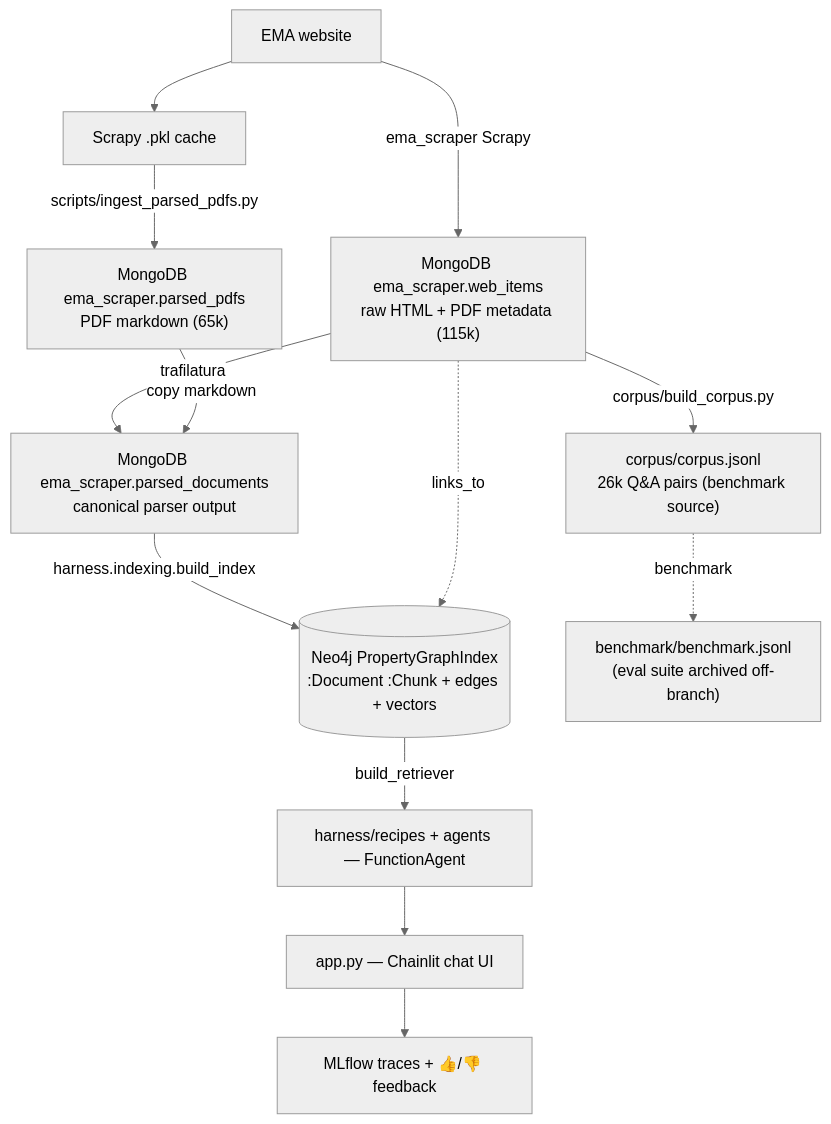
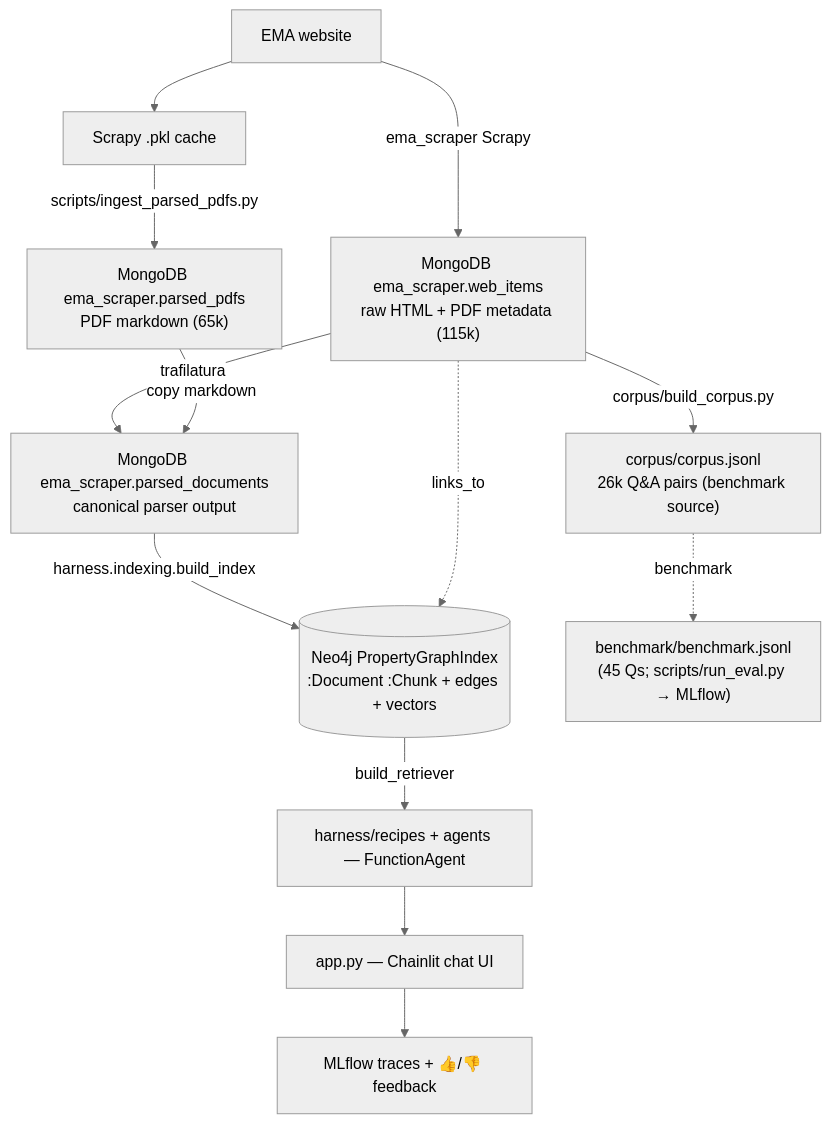
The diagram in docs/ARCHITECTURE.md (MoritzImendoerffer/ema_nlp), drawn with Mermaid (neutral theme) before and after one commit. The commit also changed other lines of this file and 20 other files, not shown here.

````diff
--- a/docs/ARCHITECTURE.md
+++ b/docs/ARCHITECTURE.md
@@ -16,19 +16,19 @@
 ```mermaid
 flowchart TD
     EMA[EMA website] -->|ema_scraper Scrapy| WI["MongoDB ema_scraper.web_items<br/>raw HTML + PDF metadata (115k)"]
     EMA --> PPK[Scrapy .pkl cache]
     PPK -->|scripts/ingest_parsed_pdfs.py| PP["MongoDB ema_scraper.parsed_pdfs<br/>PDF markdown (65k)"]
 
     WI -->|trafilatura| PD["MongoDB ema_scraper.parsed_documents<br/>canonical parser output"]
     PP -->|copy markdown| PD
 
     WI -->|corpus/build_corpus.py| CJ["corpus/corpus.jsonl<br/>26k Q&A pairs (benchmark source)"]
 
     PD -->|harness.indexing.build_index| NEO[("Neo4j PropertyGraphIndex<br/>:Document :Chunk + edges + vectors")]
     WI -. links_to .-> NEO
 
     NEO -->|build_retriever| WF["harness/recipes + agents — FunctionAgent"]
     WF --> APP["app.py — Chainlit chat UI"]
     APP --> PHX[MLflow traces + 👍/👎 feedback]
-    CJ -.benchmark.-> BM["benchmark/benchmark.jsonl<br/>(eval suite archived off-branch)"]
+    CJ -.benchmark.-> BM["benchmark/benchmark.jsonl<br/>(45 Qs; scripts/run_eval.py → MLflow)"]
 ```
````
